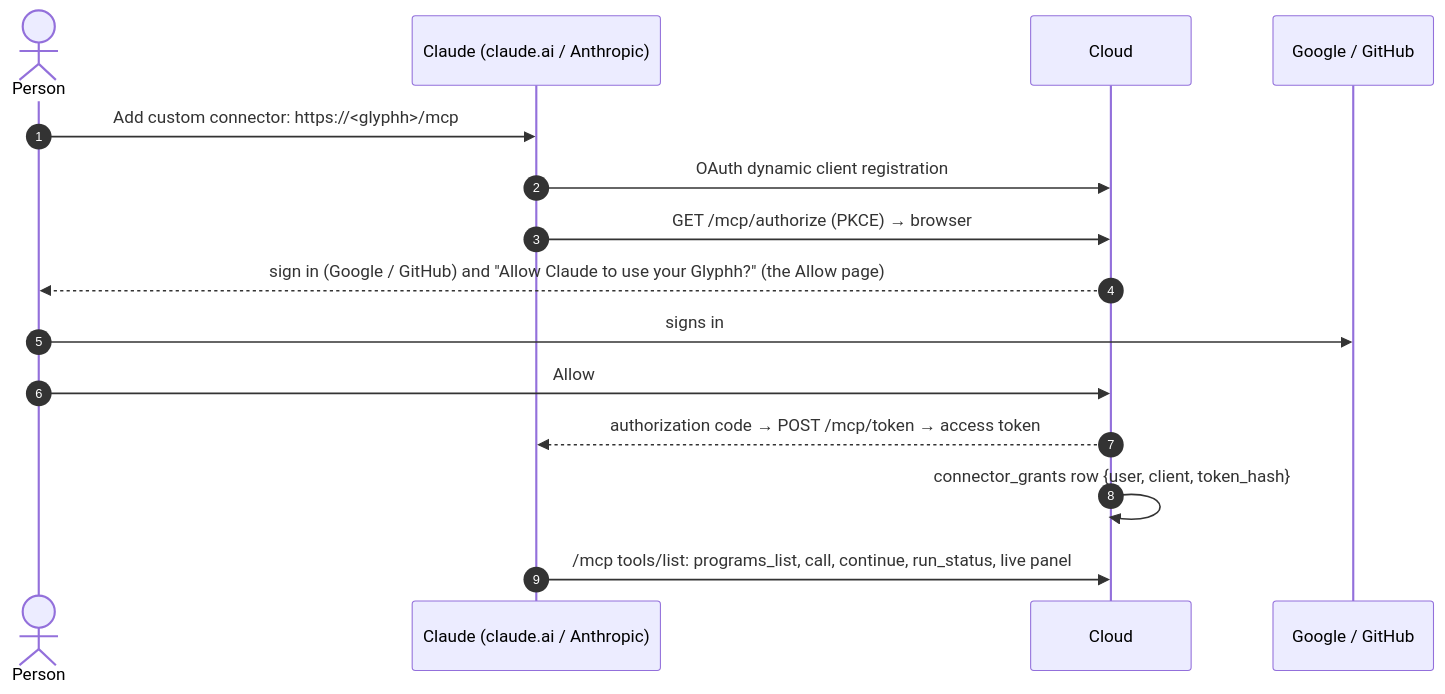
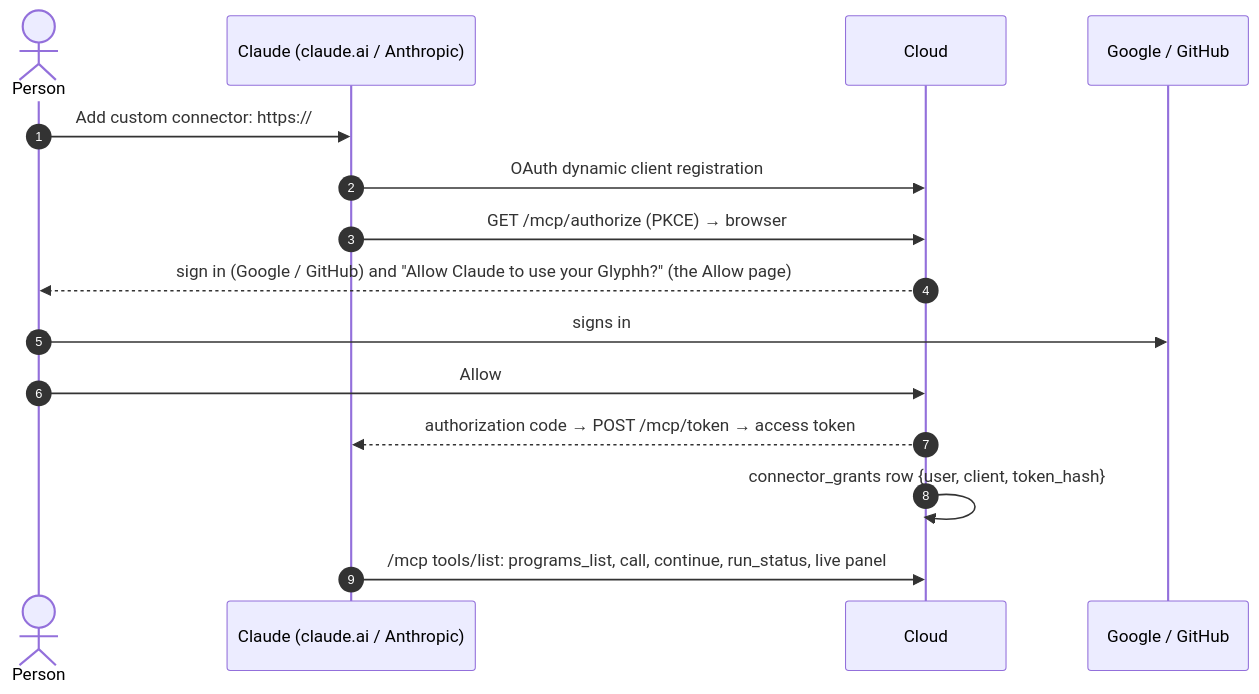
Before and after one commit to glyphh-ai/rrotor: the fourth of 13 diagrams in docs/architecture.md, drawn with Mermaid. The commit also changed other lines of this file and 18 other files, not shown here.

````diff
--- a/docs/architecture.md
+++ b/docs/architecture.md
@@ -159,17 +158,17 @@
 ```mermaid
 sequenceDiagram
     autonumber
     actor P as Person
     participant A as Claude (claude.ai / Anthropic)
     participant G as Cloud
     participant I as Google / GitHub
-    P->>A: Add custom connector: https://#lt;glyphh#gt;/mcp
+    P->>A: Add custom connector: https://#lt#59;glyphh#gt#59;/mcp
     A->>G: OAuth dynamic client registration
     A->>G: GET /mcp/authorize (PKCE) → browser
     G-->>P: sign in (Google / GitHub) and "Allow Claude to use your Glyphh?" (the Allow page)
     P->>I: signs in
     P->>G: Allow
     G-->>A: authorization code → POST /mcp/token → access token
     G->>G: connector_grants row {user, client, token_hash}
     A->>G: /mcp tools/list: programs_list, call, continue, run_status, live panel
 ```
````
